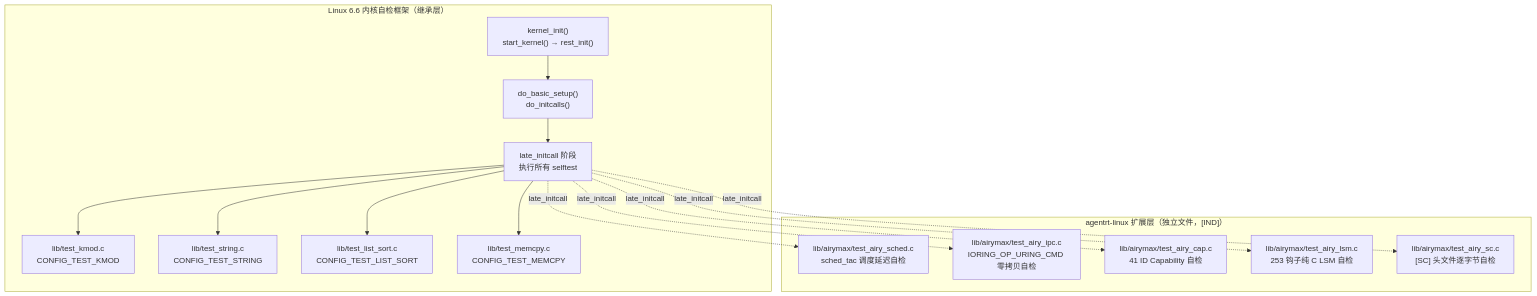
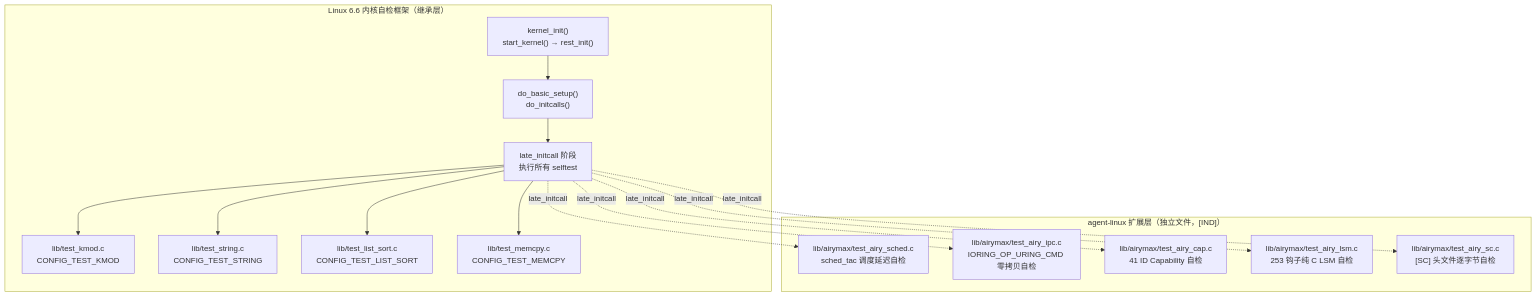
Before and after one commit to openairymax/docs-linux: the diagram in 80-testing/03-kernel-selftests.md, drawn with Mermaid. The commit also changed other lines of this file and 172 other files, not shown here.

Commit message:
docs: rename agentrt-linux to agent-linux across docs v0.1.3 双工程结构：agentrt-linux 改名 agent-linux。docs 全仓 186 个 文件中的 agentrt-linux 引用统一为 agent-linux（AirymaxOS 工程名/ URL/路径引用；commit hash 与历史不变）。

````diff
--- a/80-testing/03-kernel-selftests.md
+++ b/80-testing/03-kernel-selftests.md
@@ -44,29 +44,29 @@
 ```mermaid
 flowchart TB
     subgraph "Linux 6.6 内核自检框架（继承层）"
         A["kernel_init()<br/>start_kernel() → rest_init()"]
         B["do_basic_setup()<br/>do_initcalls()"]
         C["late_initcall 阶段<br/>执行所有 selftest"]
         D["lib/test_kmod.c<br/>CONFIG_TEST_KMOD"]
         E["lib/test_string.c<br/>CONFIG_TEST_STRING"]
         F["lib/test_list_sort.c<br/>CONFIG_TEST_LIST_SORT"]
         G["lib/test_memcpy.c<br/>CONFIG_TEST_MEMCPY"]
     end
     A --> B --> C
     C --> D
     C --> E
     C --> F
     C --> G
-    subgraph "agentrt-linux 扩展层（独立文件，[IND]）"
+    subgraph "agent-linux 扩展层（独立文件，[IND]）"
         H["lib/airymax/test_airy_sched.c<br/>sched_tac 调度延迟自检"]
         I["lib/airymax/test_airy_ipc.c<br/>IORING_OP_URING_CMD 零拷贝自检"]
         J["lib/airymax/test_airy_cap.c<br/>41 ID Capability 自检"]
         K["lib/airymax/test_airy_lsm.c<br/>253 钩子纯 C LSM 自检"]
         L["lib/airymax/test_airy_sc.c<br/>[SC] 头文件逐字节自检"]
     end
     C -.->|late_initcall| H
     C -.->|late_initcall| I
     C -.->|late_initcall| J
     C -.->|late_initcall| K
     C -.->|late_initcall| L
 ```
````
